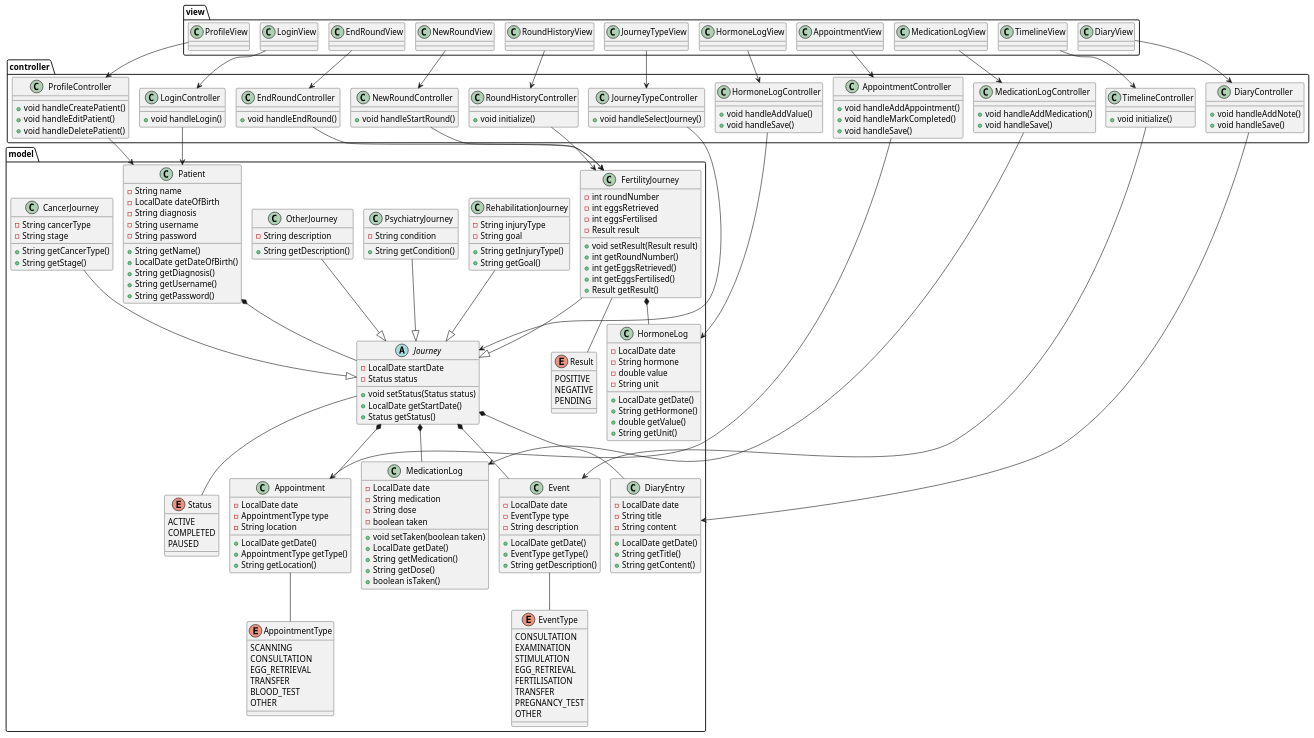
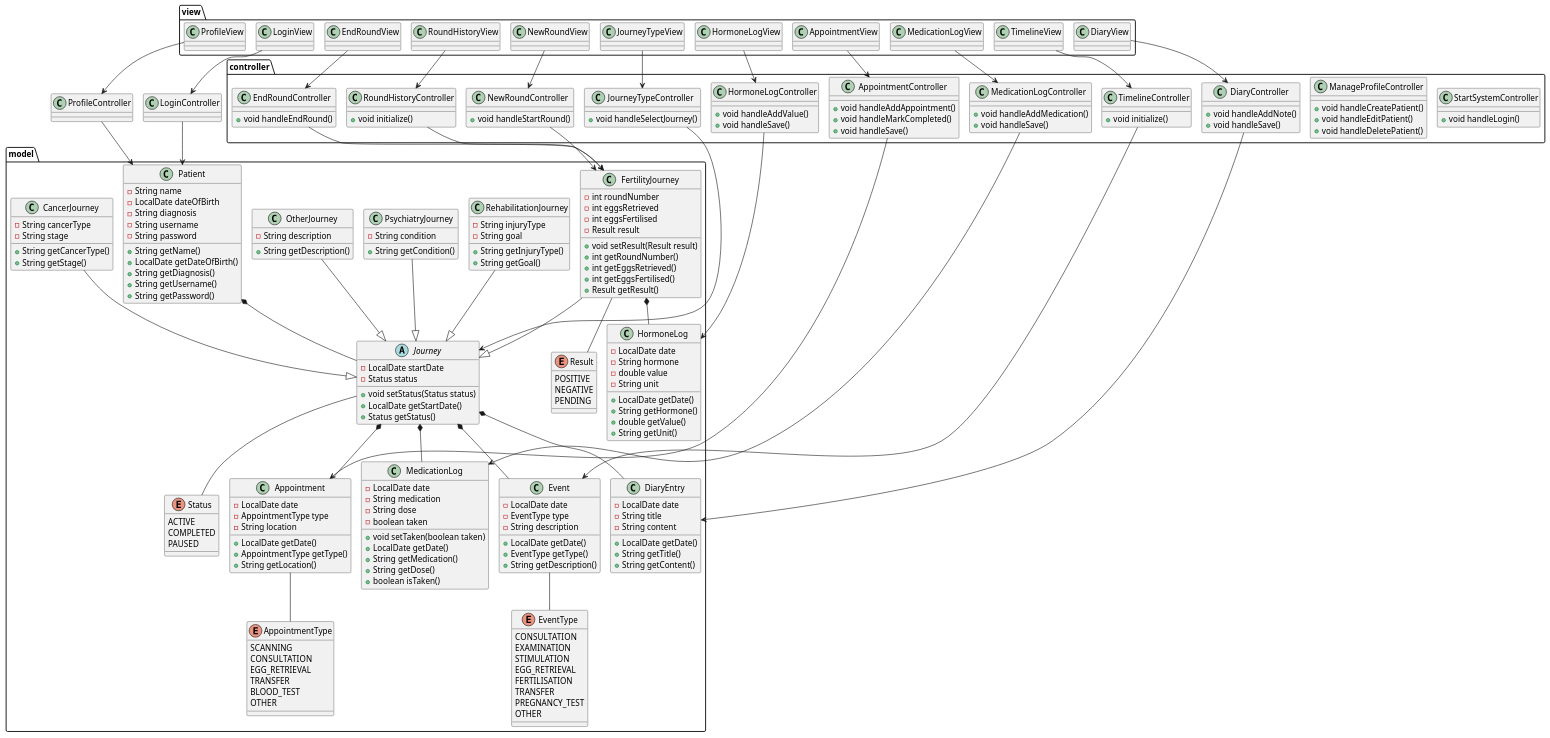
The diagram in doc/static/Klassediagram3.puml (BesimaP/SP4---MiniSP), drawn with PlantUML before and after one commit.

Commit message:
controller ændre navn

```diff
--- a/doc/static/Klassediagram3.puml
+++ b/doc/static/Klassediagram3.puml
@@ -157,11 +157,11 @@
 }
 
 package "controller" {
-  class LoginController {
+  class StartSystemController {
     + void handleLogin()
   }
 
-  class ProfileController {
+  class ManageProfileController {
     + void handleCreatePatient()
     + void handleEditPatient()
     + void handleDeletePatient()
```
